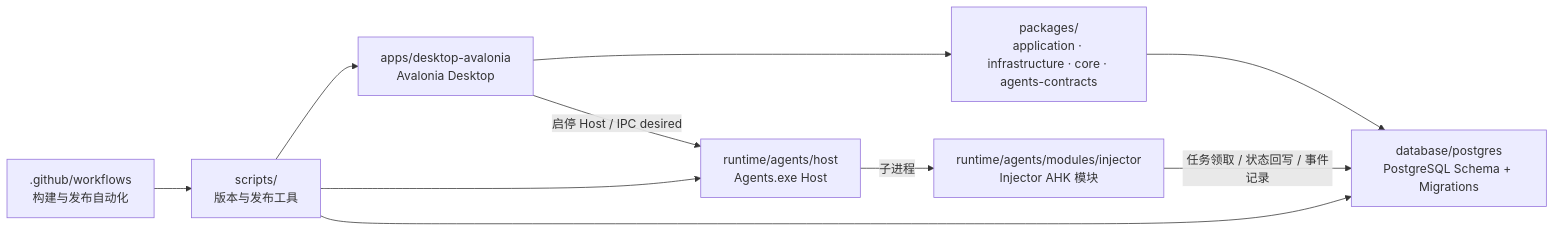
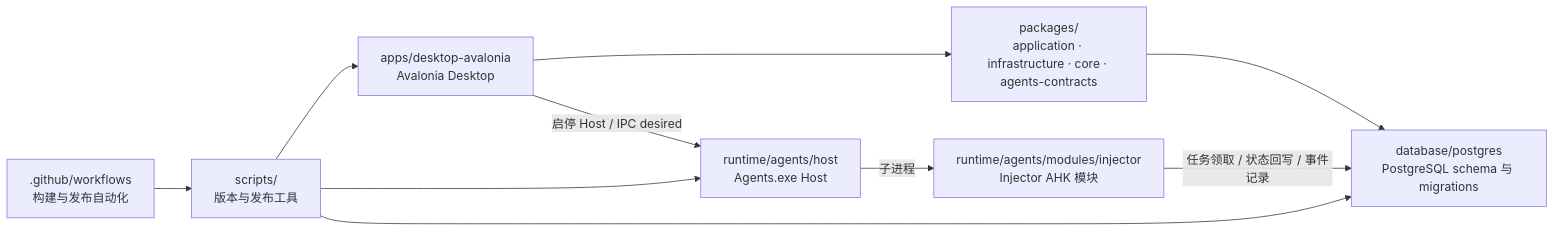
The diagram in README.zh-CN.md (pacmandoh/pactoolkits), drawn with Mermaid before and after one commit. The commit also changed other lines of this file and 68 other files, not shown here.

````diff
--- a/README.zh-CN.md
+++ b/README.zh-CN.md
@@ -86,20 +87,20 @@
 ```mermaid
 flowchart LR
     DESKTOP["apps/desktop-avalonia\nAvalonia Desktop"]
     PKG["packages/\napplication · infrastructure · core · agents-contracts"]
     HOST["runtime/agents/host\nAgents.exe Host"]
     INJ["runtime/agents/modules/injector\nInjector AHK 模块"]
-    DB["database/postgres\nPostgreSQL Schema + Migrations"]
+    DB["database/postgres\nPostgreSQL schema 与 migrations"]
     SCRIPTS["scripts/\n版本与发布工具"]
     CI[".github/workflows\n构建与发布自动化"]
 
     DESKTOP --> PKG
     DESKTOP -->|启停 Host / IPC desired| HOST
     HOST -->|子进程| INJ
     INJ -->|任务领取 / 状态回写 / 事件记录| DB
     PKG --> DB
     SCRIPTS --> DESKTOP
     SCRIPTS --> HOST
     SCRIPTS --> DB
     CI --> SCRIPTS
 ```
````
